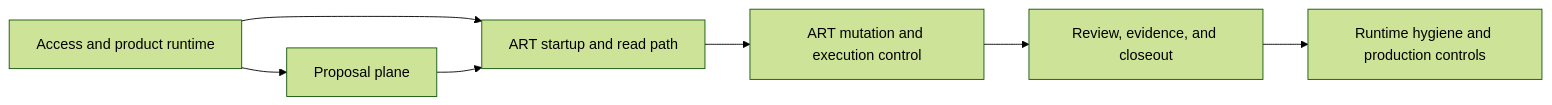
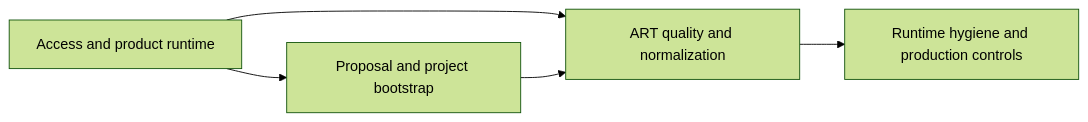
Before and after one commit to mfshaf7/platform-engineering: the diagram in products/openproject/runbooks/README.md, drawn with Mermaid (forest theme). The commit also changed other lines of this file and 74 other files, not shown here.

Commit message:
Retire the product-local ART execution surface (#143)

````diff
--- a/products/openproject/runbooks/README.md
+++ b/products/openproject/runbooks/README.md
@@ -16,16 +15,12 @@
 ```mermaid
 flowchart LR
     Access[Access and product runtime]
-    Proposals[Proposal plane]
-    Startup[ART startup and read path]
-    Mutations[ART mutation and execution control]
-    Evidence[Review, evidence, and closeout]
+    Proposals[Proposal and project bootstrap]
+    Quality[ART quality and normalization]
     Runtime[Runtime hygiene and production controls]
 
     Access --> Proposals
-    Access --> Startup
-    Proposals --> Startup
-    Startup --> Mutations
-    Mutations --> Evidence
-    Evidence --> Runtime
+    Access --> Quality
+    Proposals --> Quality
+    Quality --> Runtime
 ```
````
